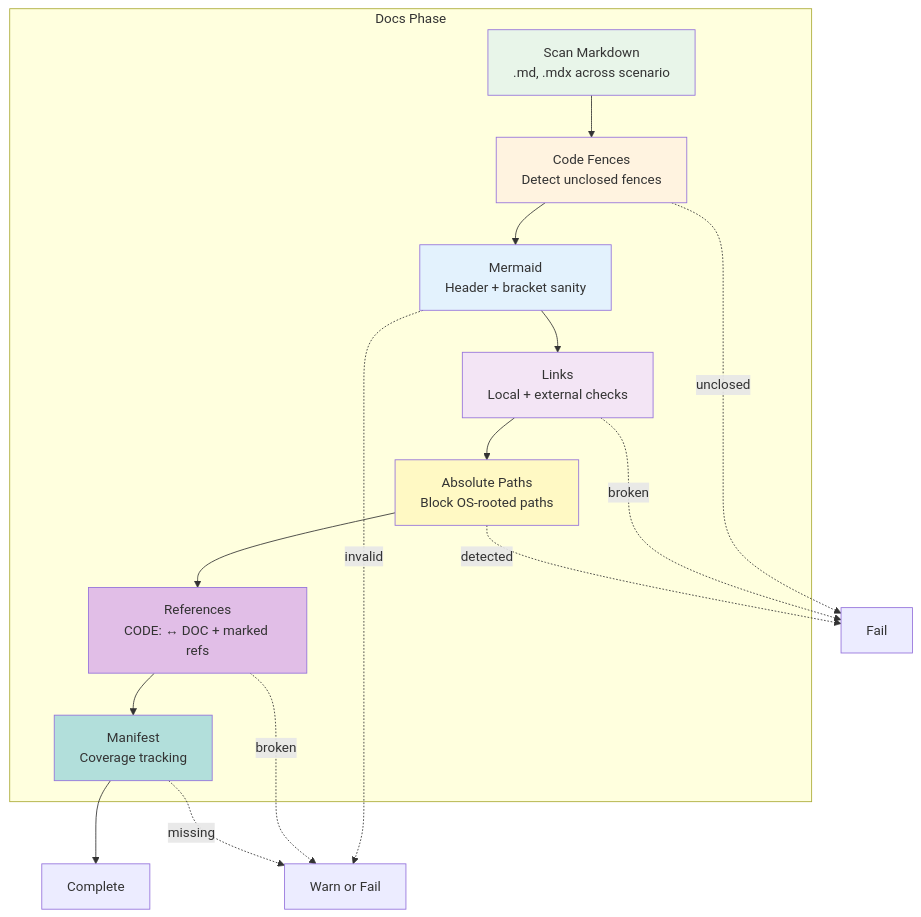
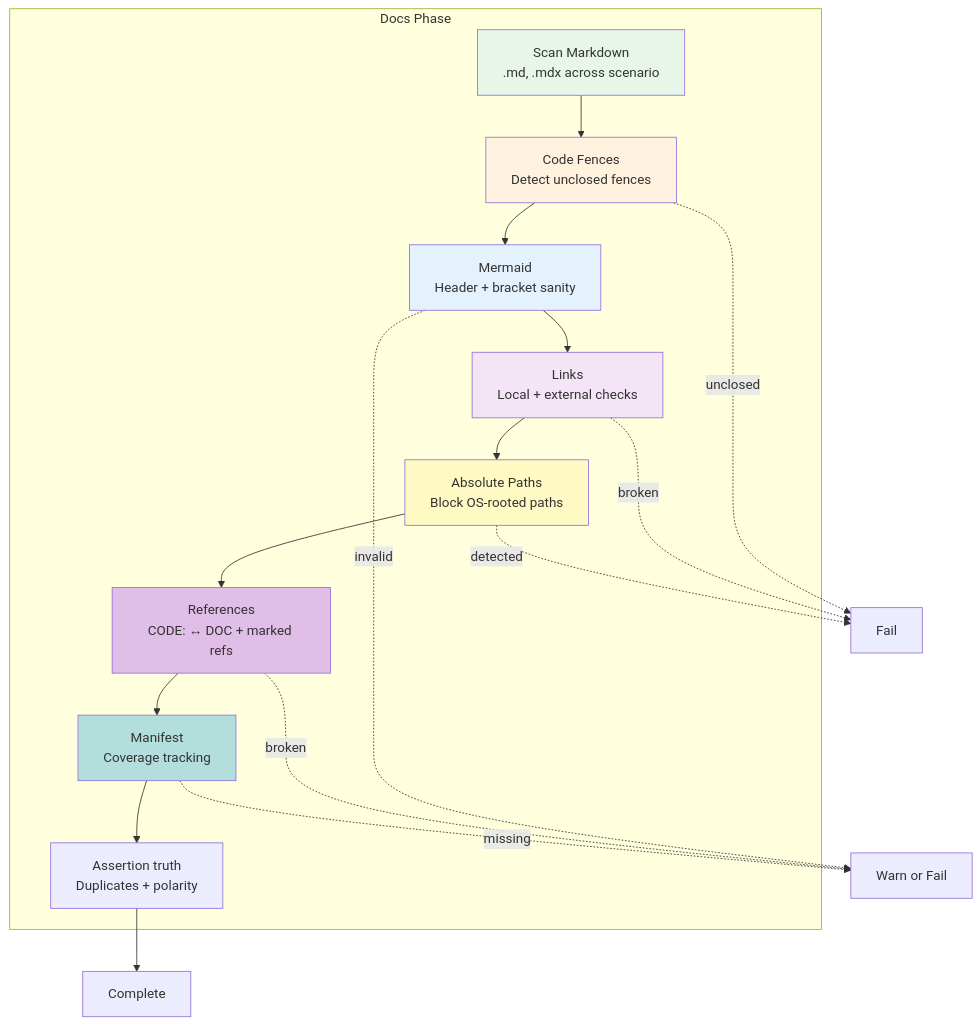
Before and after one commit to Vrooli/Vrooli: the diagram in scenarios/test-genie/docs/phases/docs/README.md, drawn with Mermaid. The commit also changed other lines of this file and 148 other files, not shown here.

````diff
--- a/scenarios/test-genie/docs/phases/docs/README.md
+++ b/scenarios/test-genie/docs/phases/docs/README.md
@@ -92,29 +92,30 @@
 ```mermaid
 graph TB
     subgraph "Docs Phase"
         SCAN[Scan Markdown<br/>.md, .mdx across scenario]
         FENCES[Code Fences<br/>Detect unclosed fences]
         MERMAID[Mermaid<br/>Header + bracket sanity]
         LINKS[Links<br/>Local + external checks]
         ABS[Absolute Paths<br/>Block OS-rooted paths]
         REFS[References<br/>CODE: ↔ DOC + marked refs]
         MANIFEST[Manifest<br/>Coverage tracking]
+        ASSERT[Assertion truth<br/>Duplicates + polarity]
     end
 
-    SCAN --> FENCES --> MERMAID --> LINKS --> ABS --> REFS --> MANIFEST --> DONE[Complete]
+    SCAN --> FENCES --> MERMAID --> LINKS --> ABS --> REFS --> MANIFEST --> ASSERT --> DONE[Complete]
 
     FENCES -.->|unclosed| FAIL[Fail]
     MERMAID -.->|invalid| WARN[Warn or Fail]
     LINKS -.->|broken| FAIL
     ABS -.->|detected| FAIL
     REFS -.->|broken| WARN[Warn or Fail]
     MANIFEST -.->|missing| WARN
 
     style SCAN fill:#e8f5e9
     style FENCES fill:#fff3e0
     style MERMAID fill:#e3f2fd
     style LINKS fill:#f3e5f5
     style ABS fill:#fff9c4
     style REFS fill:#e1bee7
     style MANIFEST fill:#b2dfdb
 ```
````
